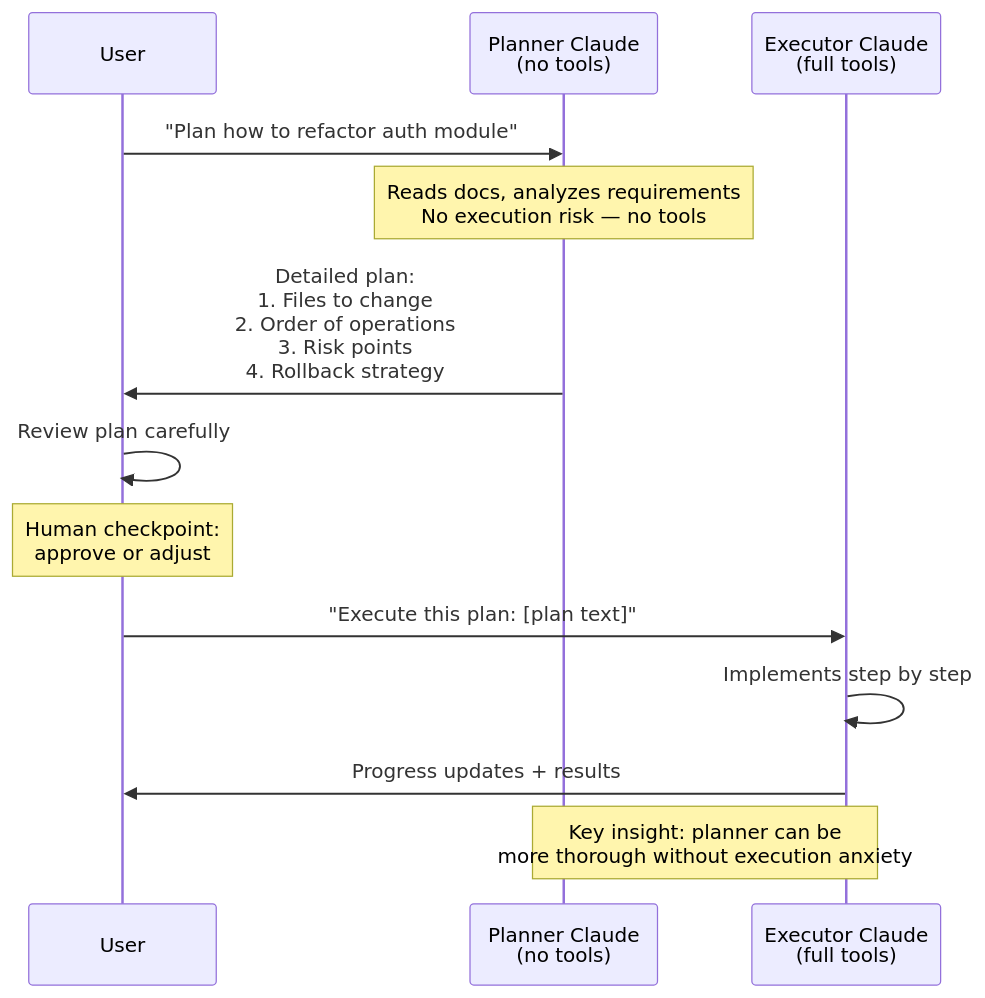
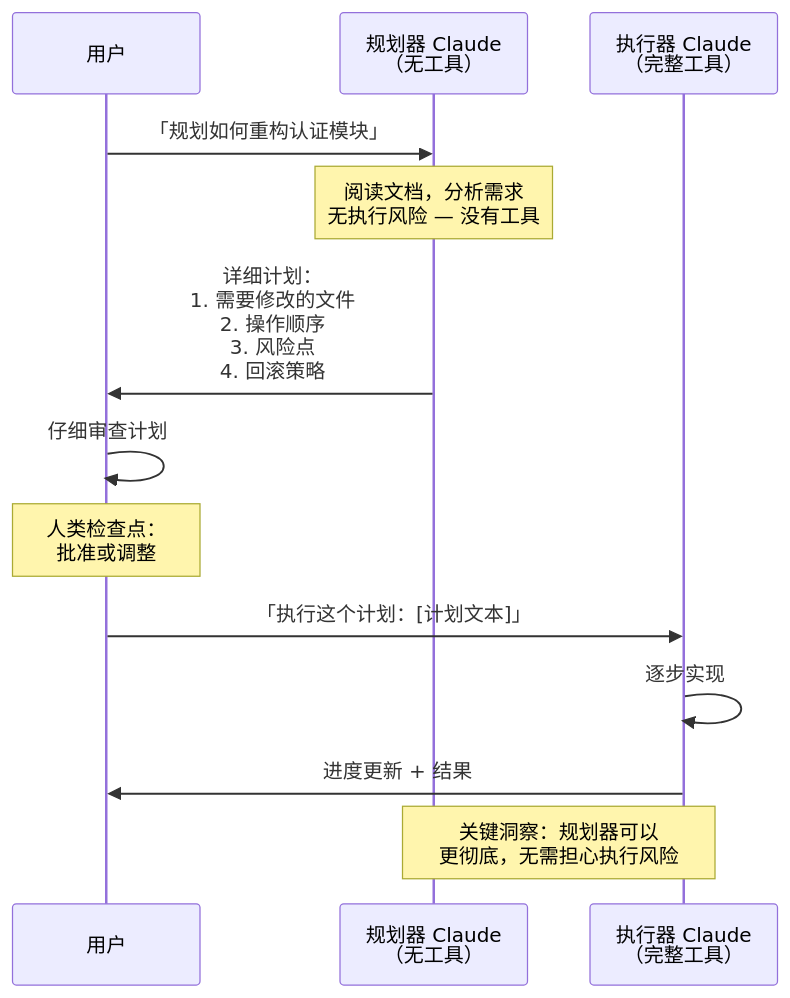
Before and after one commit to lawrencewzen/aispark-wiki: the third of 5 diagrams in claude-code/diagrams/07-multi-agent-patterns.md, drawn with Mermaid. The commit also changed other lines of this file and 82 other files, not shown here.

````diff
--- a/claude-code/diagrams/07-multi-agent-patterns.md
+++ b/claude-code/diagrams/07-multi-agent-patterns.md
@@ -161,20 +161,20 @@
 ```mermaid
 sequenceDiagram
-    participant U as User
-    participant PL as Planner Claude<br/>(no tools)
-    participant EX as Executor Claude<br/>(full tools)
+    participant U as 用户
+    participant PL as 规划器 Claude<br/>（无工具）
+    participant EX as 执行器 Claude<br/>（完整工具）
 
-    U->>PL: "Plan how to refactor auth module"
-    Note over PL: Reads docs, analyzes requirements<br/>No execution risk — no tools
+    U->>PL: 「规划如何重构认证模块」
+    Note over PL: 阅读文档，分析需求<br/>无执行风险 — 没有工具
 
-    PL->>U: Detailed plan:<br/>1. Files to change<br/>2. Order of operations<br/>3. Risk points<br/>4. Rollback strategy
+    PL->>U: 详细计划：<br/>1. 需要修改的文件<br/>2. 操作顺序<br/>3. 风险点<br/>4. 回滚策略
 
-    U->>U: Review plan carefully
-    Note over U: Human checkpoint:<br/>approve or adjust
+    U->>U: 仔细审查计划
+    Note over U: 人类检查点：<br/>批准或调整
 
-    U->>EX: "Execute this plan: [plan text]"
-    EX->>EX: Implements step by step
-    EX->>U: Progress updates + results
+    U->>EX: 「执行这个计划：[计划文本]」
+    EX->>EX: 逐步实现
+    EX->>U: 进度更新 + 结果
 
-    Note over PL,EX: Key insight: planner can be<br/>more thorough without execution anxiety
+    Note over PL,EX: 关键洞察：规划器可以<br/>更彻底，无需担心执行风险
 ```
````
